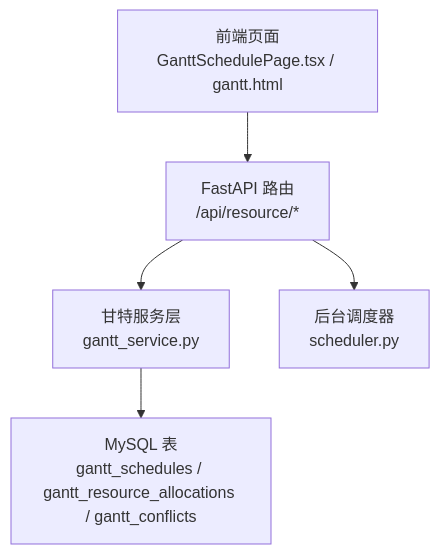
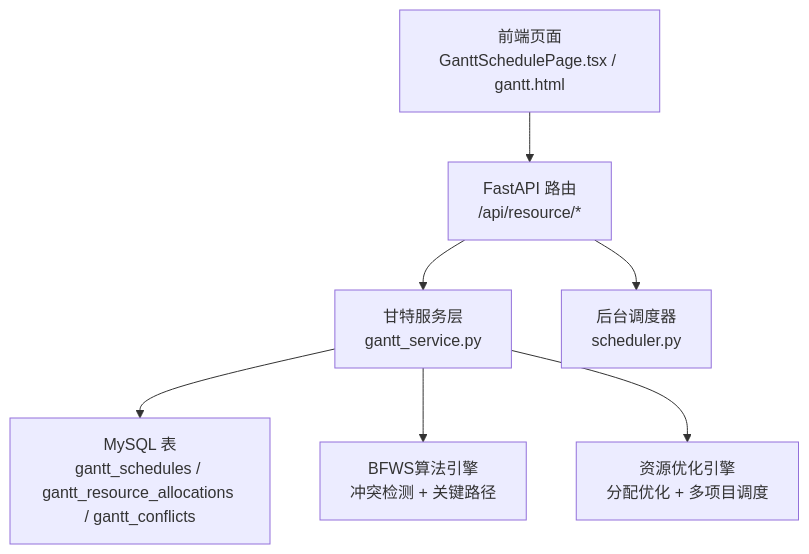
Before and after one commit to JiaStan/shizhi_system_df: the first of 4 diagrams in .qoder/repowiki/zh/content/资源管理模块/甘特图排程.md, drawn with Mermaid. The commit also changed other lines of this file and 53 other files, not shown here.

````diff
--- a/.qoder/repowiki/zh/content/资源管理模块/甘特图排程.md
+++ b/.qoder/repowiki/zh/content/资源管理模块/甘特图排程.md
@@ -32,7 +42,9 @@
 ```mermaid
 graph TB
 FE["前端页面<br/>GanttSchedulePage.tsx / gantt.html"] --> API["FastAPI 路由<br/>/api/resource/*"]
 API --> SVC["甘特服务层<br/>gantt_service.py"]
 SVC --> DB["MySQL 表<br/>gantt_schedules / gantt_resource_allocations / gantt_conflicts"]
 API --> SCHED["后台调度器<br/>scheduler.py"]
+SVC --> BFWS["BFWS算法引擎<br/>冲突检测 + 关键路径"]
+SVC --> OPT["资源优化引擎<br/>分配优化 + 多项目调度"]
 ```
````
